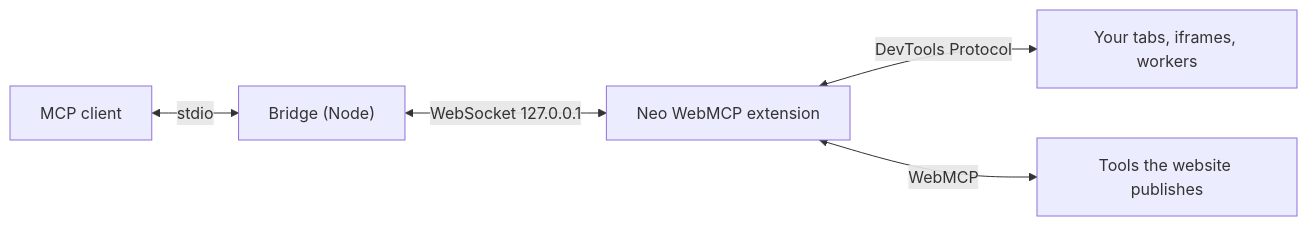
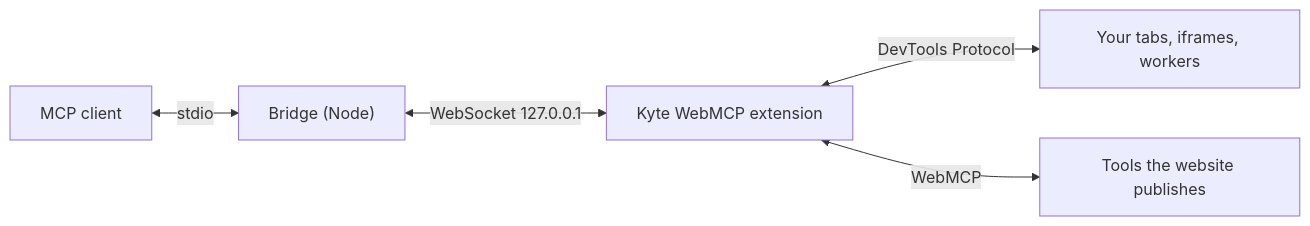
The diagram in README.md (shibeedev/kyte-webmcp), drawn with Mermaid before and after one commit. The commit also changed other lines of this file and 61 other files, not shown here.

First line of the commit message:
Rename to Kyte WebMCP Extension and adopt a macOS-style UI

````diff
--- a/README.md
+++ b/README.md
@@ -7,7 +7,7 @@
 ```mermaid
 flowchart LR
     A["MCP client"] <-- stdio --> B["Bridge (Node)"]
-    B <-- "WebSocket 127.0.0.1" --> E["Neo WebMCP extension"]
+    B <-- "WebSocket 127.0.0.1" --> E["Kyte WebMCP extension"]
     E <-- "DevTools Protocol" --> T["Your tabs, iframes, workers"]
     E <-- "WebMCP" --> W["Tools the website publishes"]
 ```
````
